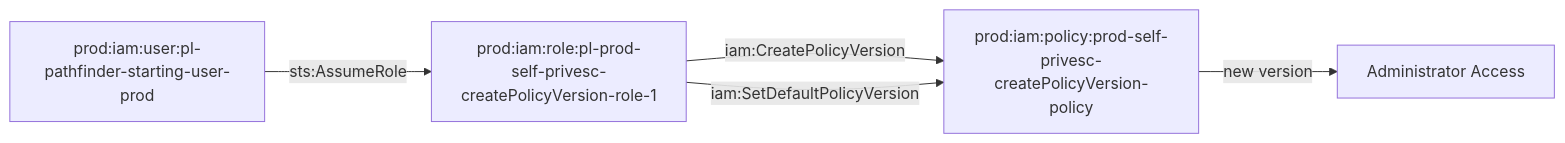
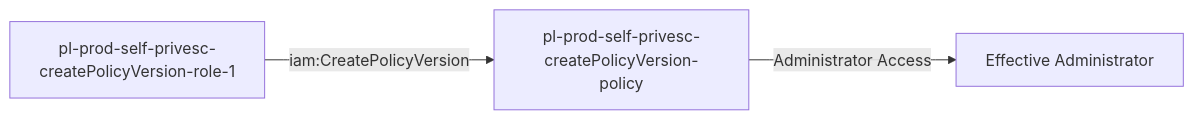
One commit to DataDog/pathfinding-labs changed the diagram in modules/scenarios/prod/one-hop/to-admin/iam-createpolicyversion/README.md. Above: the diagram before and after it, drawn with Mermaid. The commit also changed other lines of this file and 149 other files, not shown here.

````diff
--- a/modules/scenarios/prod/one-hop/to-admin/iam-createpolicyversion/README.md
+++ b/modules/scenarios/prod/one-hop/to-admin/iam-createpolicyversion/README.md
@@ -15,7 +20,5 @@
 ```mermaid
 graph LR
-    A[prod:iam:user:pl-pathfinder-starting-user-prod] -->|sts:AssumeRole| B[prod:iam:role:pl-prod-self-privesc-createPolicyVersion-role-1]
-    B -->|iam:CreatePolicyVersion| C[prod:iam:policy:prod-self-privesc-createPolicyVersion-policy]
-    B -->|iam:SetDefaultPolicyVersion| C
-    C -->|new version| D[Administrator Access]
+    A[pl-prod-self-privesc-createPolicyVersion-role-1] -->|iam:CreatePolicyVersion| B[pl-prod-self-privesc-createPolicyVersion-policy]    
+    B -->|Administrator Access| C[Effective Administrator]
 ```
````
